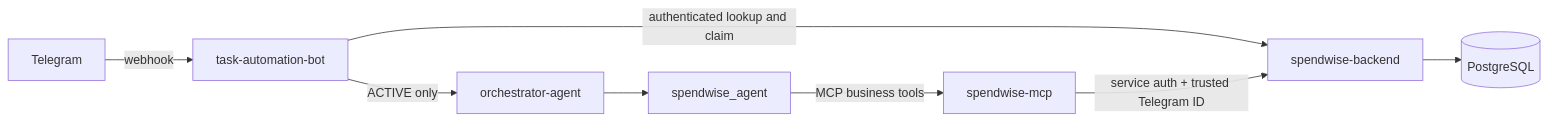
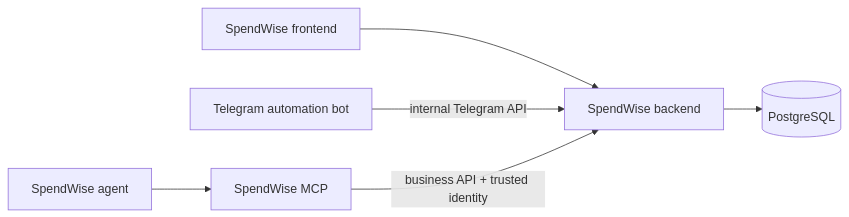
The diagram in README.md (krDipesh02/spendwise-backend), drawn with Mermaid before and after one commit. The commit also changed other lines of this file and 137 other files, not shown here.

````diff
--- a/README.md
+++ b/README.md
@@ -25,9 +9,8 @@
 ```mermaid
 flowchart LR
-  T[Telegram] -->|webhook| B[task-automation-bot]
-  B -->|authenticated lookup and claim| S[spendwise-backend]
-  S --> P[(PostgreSQL)]
-  B -->|ACTIVE only| O[orchestrator-agent]
-  O --> A[spendwise_agent] -->|MCP business tools| M[spendwise-mcp]
-  M -->|service auth + trusted Telegram ID| S
+  Frontend[SpendWise frontend] --> Backend[SpendWise backend]
+  Bot[Telegram automation bot] -->|internal Telegram API| Backend
+  Agent[SpendWise agent] --> MCP[SpendWise MCP]
+  MCP -->|business API + trusted identity| Backend
+  Backend --> DB[(PostgreSQL)]
 ```
````
